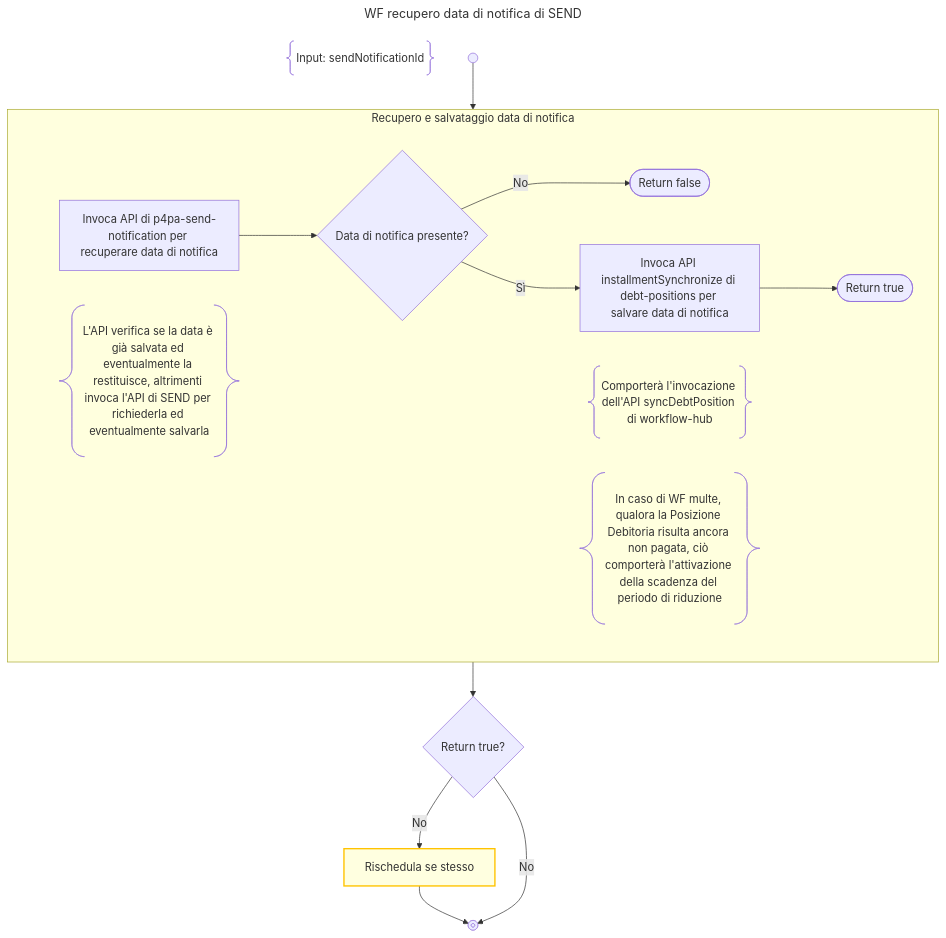
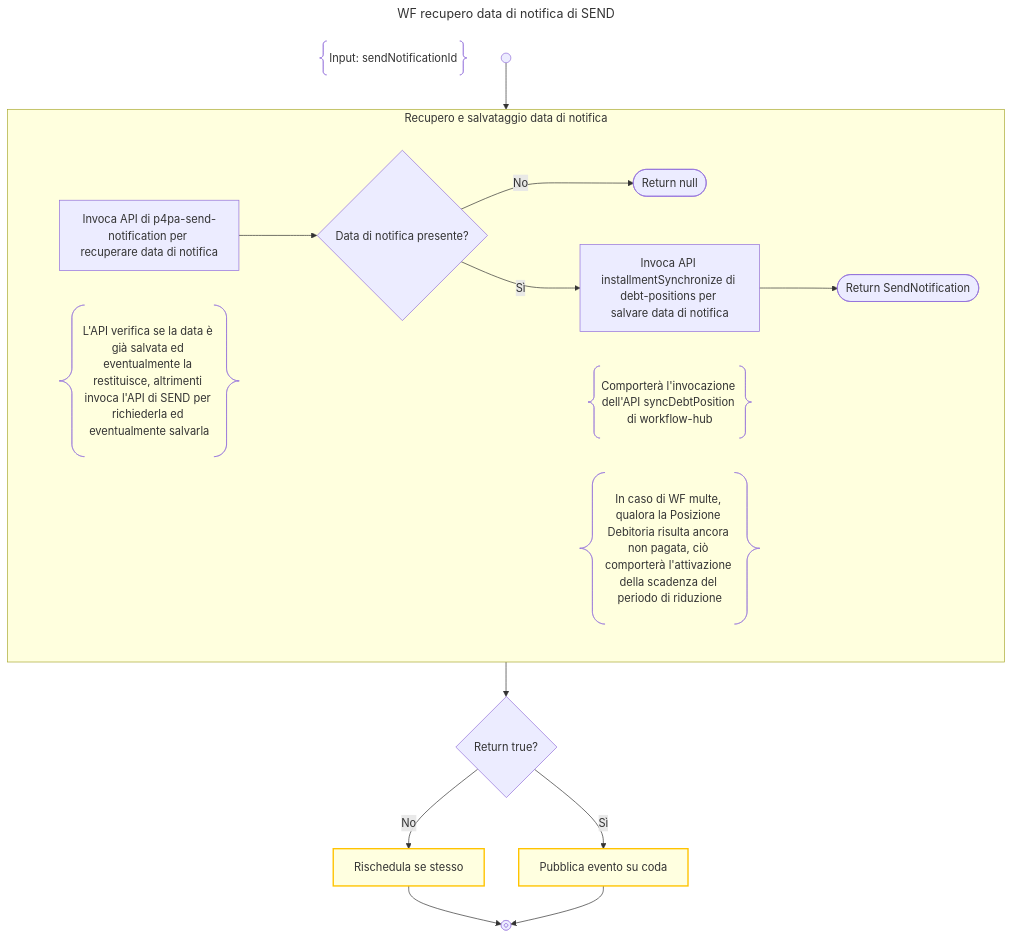
One commit to pagopa/p4pa-doc changed the diagram in design/workflow/notificaSend/wf_NotificationDateRetrieve.mmd. Above: the diagram before and after it, drawn with Mermaid. The commit also changed 3 other files, not shown here.

Commit message:
feat: SEND notification date retrieve WF

```diff
--- a/design/workflow/notificaSend/wf_NotificationDateRetrieve.mmd
+++ b/design/workflow/notificaSend/wf_NotificationDateRetrieve.mmd
@@ -1,42 +1,43 @@
 ---
 title: WF recupero data di notifica di SEND
 ---
 flowchart TD
     DESCRIPTION@{ shape: braces, label: "Input: sendNotificationId" }
     START@{shape: start} -->
     RETRIEVE_NOTIFICATION_DATE_ACTIVITY -->
     IS_SUCCESS{"Return true?"} -->
     |No|RESCHEDULE_WF:::activity@{label: "Rischedula se stesso"} -->
     END@{shape: stop}
 
     IS_SUCCESS -->
-    |No|END
+    |Sì|PUBLISH_EVENT:::activity@{label: "Pubblica evento su coda"} -->
+    END
 
     subgraph RETRIEVE_NOTIFICATION_DATE_ACTIVITY["Recupero e salvataggio data di notifica"]
         RETRIEVE_NOTIFICATION_DATE["Invoca API di p4pa-send-notification per recuperare data di notifica"] -->
         IS_NOTIFIED{"Data di notifica presente?"} -->
-        |No|RETURN_FALSE@{shape: terminal, label: "Return false"}
+        |No|RETURN_KO@{shape: terminal, label: "Return null"}
 
         subgraph SAVE_NOTIFICATION_DATE_NOTE_BLOCK
             SAVE_NOTIFICATION_DATE
             SAVE_NOTIFICATION_DATE_NOTE@{shape: braces, label: "Comporterà l'invocazione dell'API syncDebtPosition di workflow-hub"}
             SAVE_NOTIFICATION_DATE_NOTE_2@{shape: braces, label: "In caso di WF multe, qualora la Posizione Debitoria risulta ancora non pagata, ciò comporterà l'attivazione della scadenza del periodo di riduzione"}
         end
         class SAVE_NOTIFICATION_DATE_NOTE_BLOCK disable
 
         IS_NOTIFIED -->
         |Sì|SAVE_NOTIFICATION_DATE["Invoca API installmentSynchronize di debt-positions per salvare data di notifica"] -->
-        RETURN_TRUE@{shape: terminal, label: "Return true"}
+        RETURN_OK@{shape: terminal, label: "Return SendNotification"}
 
         subgraph RETRIEVE_NOTIFICATION_DATE_NOTE_BLOCK
             RETRIEVE_NOTIFICATION_DATE
             RETRIEVE_NOTIFICATION_DATE_NOTE@{shape: braces, label: "L'API verifica se la data è già salvata ed eventualmente la restituisce, altrimenti invoca l'API di SEND per richiederla ed eventualmente salvarla"}
         end
         class RETRIEVE_NOTIFICATION_DATE_NOTE_BLOCK disable
     end
     class NOTIFICATION_DATE_RETRIEVE activity
 
 
     classDef disable display:none;
     classDef activity fill:#FFFFE0, stroke:#ffc300, stroke-width:2px;
     classDef loop fill:#CCFFCC, stroke:#7FBF7F, stroke-width:2px, padding-bottom: 5px;
```
